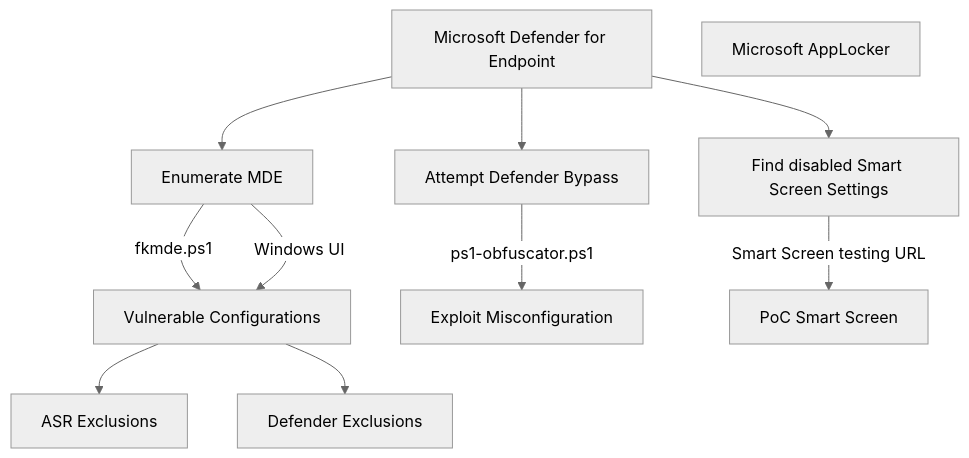
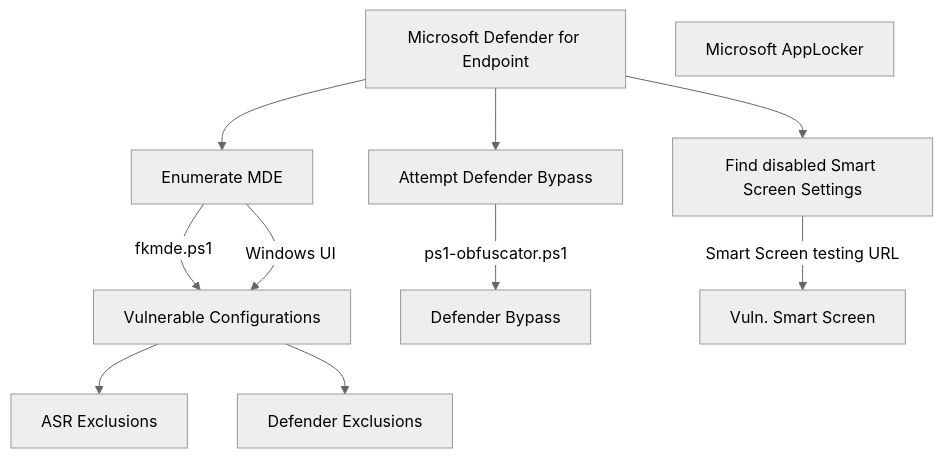
Before and after one commit to fkxdr/fkxdr-mindmaps: the diagram in README.md, drawn with Mermaid (neutral theme).

````diff
--- a/README.md
+++ b/README.md
@@ -7,17 +7,17 @@
 ```mermaid
 flowchart TD
     MDE[ Microsoft Defender for Endpoint ]
     MDE --> MDEENUM[ Enumerate MDE ]
     MDEENUM --> | fkmde.ps1 | MDEVULN[ Vulnerable Configurations ]
     MDEENUM --> |  Windows UI | MDEVULN[ Vulnerable Configurations ]
     MDEVULN --> MDEASR[ ASR Exclusions ]
     MDEVULN --> MDEEXCLUSION[ Defender Exclusions ]
 
     MDE --> MDEBYPASS[ Attempt Defender Bypass ]
-    MDEBYPASS --> | ps1-obfuscator.ps1 | MDEBYPASS2[ Exploit Misconfiguration]
+    MDEBYPASS --> | ps1-obfuscator.ps1 | MDEBYPASS2[ Defender Bypass ]
 
     MDE --> MDESSCR[ Find disabled Smart Screen Settings ]
-    MDESSCR --> | Smart Screen testing URL | MDESSCR2[ PoC Smart Screen ]
+    MDESSCR --> | Smart Screen testing URL | MDESSCR2[ Vuln. Smart Screen ]
 
     APP[ Microsoft AppLocker ]
 ```
````
